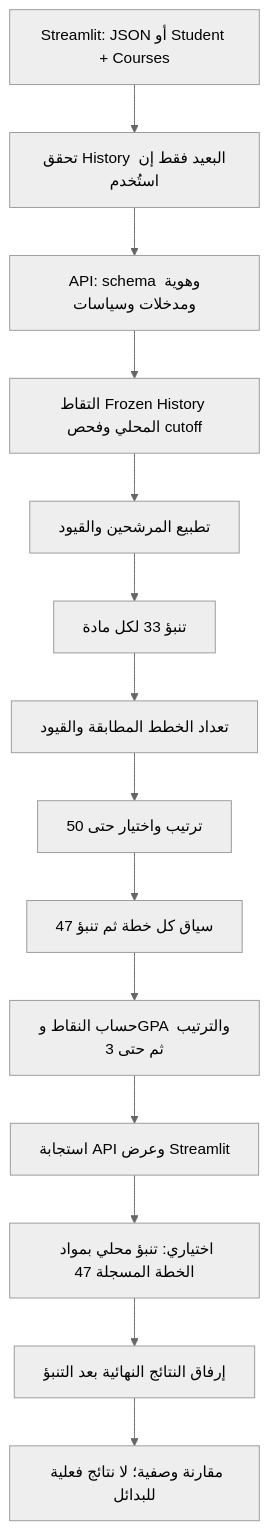
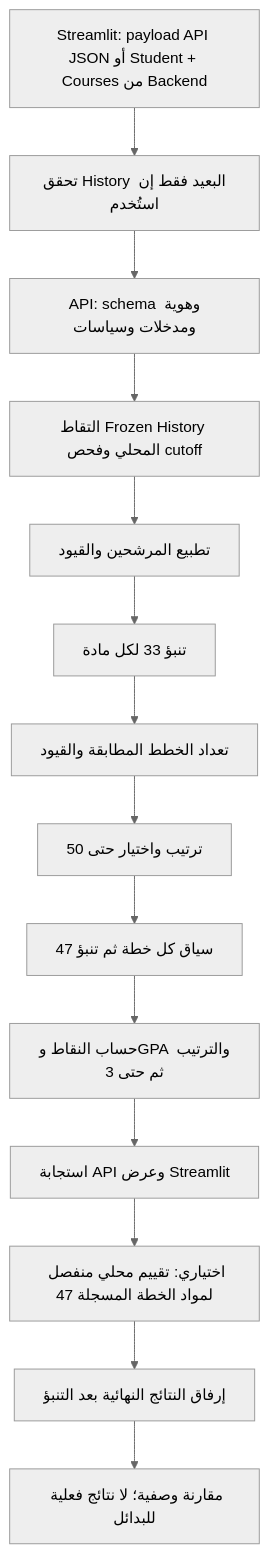
One commit to ShrkoXIII/Academic_Advisor_Stable changed the second of 2 diagrams in docs/PIPELINE_AND_LOGIC_MAP.md. Above: the diagram before and after it, drawn with Mermaid (neutral theme). The commit also changed other lines of this file and 24 other files, not shown here.

````diff
--- a/docs/PIPELINE_AND_LOGIC_MAP.md
+++ b/docs/PIPELINE_AND_LOGIC_MAP.md
@@ -74,16 +74,16 @@
 ```mermaid
 flowchart TD
- U[Streamlit: JSON أو Student + Courses] --> Q[تحقق History البعيد فقط إن استُخدم]
+ U[Streamlit: payload API JSON أو Student + Courses من Backend] --> Q[تحقق History البعيد فقط إن استُخدم]
  Q --> API[API: schema وهوية ومدخلات وسياسات]
  API --> H[التقاط Frozen History المحلي وفحص cutoff]
  H --> C[تطبيع المرشحين والقيود]
  C --> S1[تنبؤ 33 لكل مادة]
  S1 --> G[تعداد الخطط المطابقة والقيود]
  G --> L[ترتيب واختيار حتى 50]
  L --> S2[سياق كل خطة ثم تنبؤ 47]
  S2 --> R[حساب النقاط وGPA والترتيب ثم حتى 3]
  R --> UI[استجابة API وعرض Streamlit]
- UI --> O[اختياري: تنبؤ محلي بمواد الخطة المسجلة 47]
+ UI --> O[اختياري: تقييم محلي منفصل لمواد الخطة المسجلة 47]
  O --> A[إرفاق النتائج النهائية بعد التنبؤ]
  A --> V[مقارنة وصفية؛ لا نتائج فعلية للبدائل]
 ```
````
